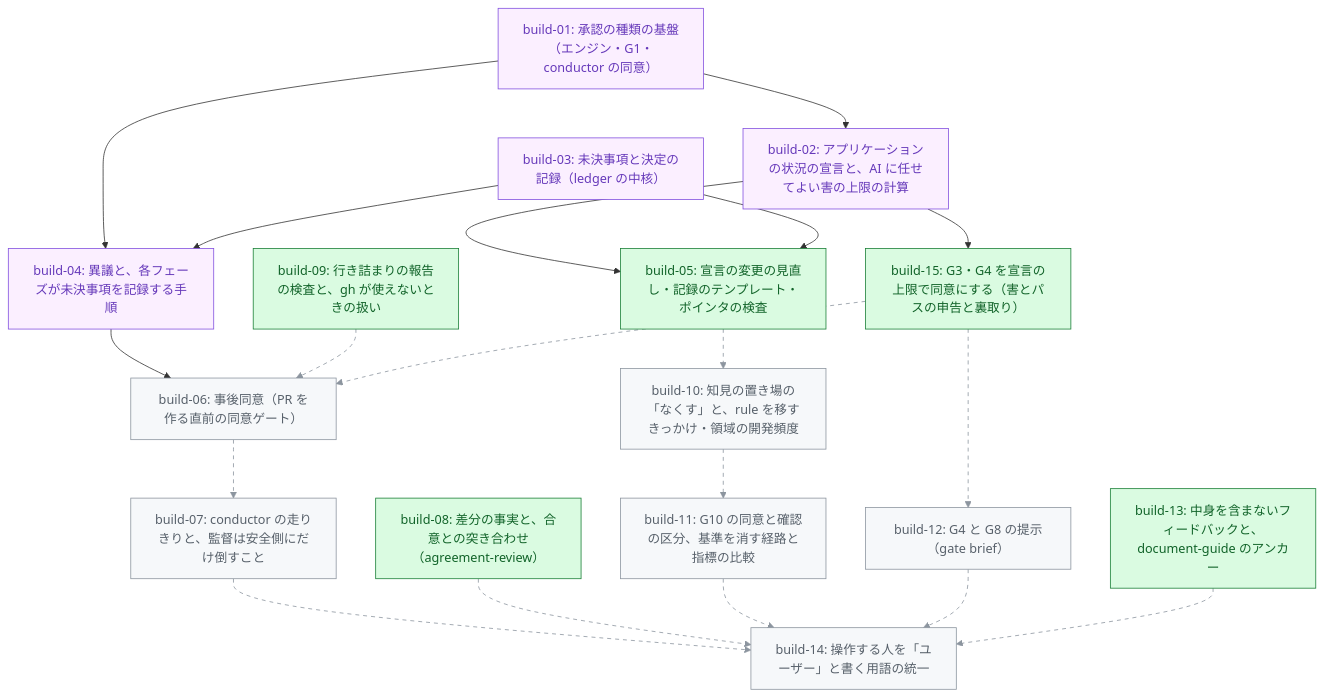
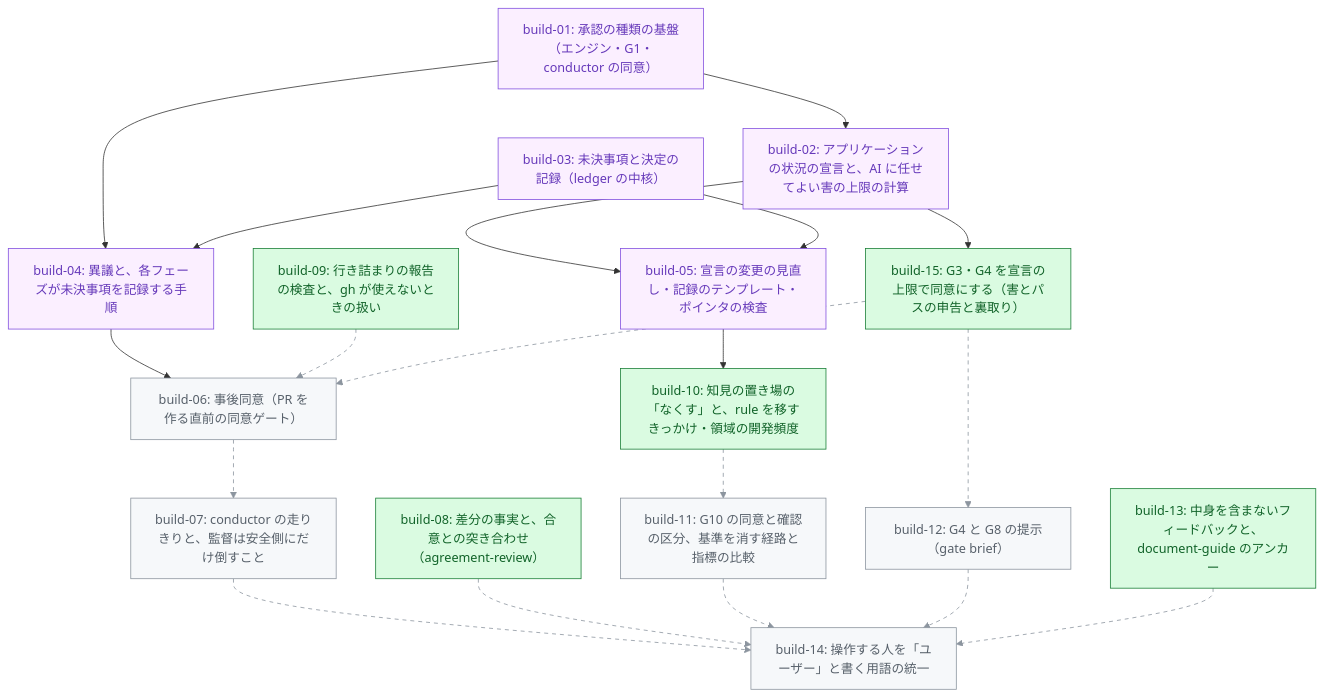
Before and after one commit to tak-solder/hikyaku: the diagram in .hikyaku/cycles/001-v3-core-concepts/tasklist.md, drawn with Mermaid. The commit also changed other lines of this file and 1 other file, not shown here.

Commit message:
builder(001-v3-core-concepts): build-05 の PR を記録する（#113）
Claude-Session: https://claude.ai/code/session_01RJieNbZxJTuNKqjvWpTagW

````diff
--- a/.hikyaku/cycles/001-v3-core-concepts/tasklist.md
+++ b/.hikyaku/cycles/001-v3-core-concepts/tasklist.md
@@ -30,43 +30,43 @@
 ```mermaid
 graph TD
   b01["build-01: 承認の種類の基盤（エンジン・G1・conductor の同意）"]
   b02["build-02: アプリケーションの状況の宣言と、AI に任せてよい害の上限の計算"]
   b03["build-03: 未決事項と決定の記録（ledger の中核）"]
   b04["build-04: 異議と、各フェーズが未決事項を記録する手順"]
   b05["build-05: 宣言の変更の見直し・記録のテンプレート・ポインタの検査"]
   b06["build-06: 事後同意（PR を作る直前の同意ゲート）"]
   b07["build-07: conductor の走りきりと、監督は安全側にだけ倒すこと"]
   b08["build-08: 差分の事実と、合意との突き合わせ（agreement-review）"]
   b09["build-09: 行き詰まりの報告の検査と、gh が使えないときの扱い"]
   b10["build-10: 知見の置き場の「なくす」と、rule を移すきっかけ・領域の開発頻度"]
   b11["build-11: G10 の同意と確認の区分、基準を消す経路と指標の比較"]
   b12["build-12: G4 と G8 の提示（gate brief）"]
   b13["build-13: 中身を含まないフィードバックと、document-guide のアンカー"]
   b14["build-14: 操作する人を「ユーザー」と書く用語の統一"]
   b15["build-15: G3・G4 を宣言の上限で同意にする（害とパスの申告と裏取り）"]
   b01 --> b02
   b01 --> b04
   b03 --> b04
   b02 --> b05
   b03 --> b05
   b04 --> b06
   b09 -.-> b06
   b15 -.-> b06
   b06 -.-> b07
-  b05 -.-> b10
+  b05 --> b10
   b10 -.-> b11
   b15 -.-> b12
   b07 -.-> b14
   b08 -.-> b14
   b11 -.-> b14
   b12 -.-> b14
   b13 -.-> b14
   b02 --> b15
   classDef merged fill:#fbefff,stroke:#8250df,color:#6639ba
   classDef ready fill:#dafbe1,stroke:#1a7f37,color:#116329
   classDef blocked fill:#f6f8fa,stroke:#8c959f,color:#57606a
-  class b01,b02,b03,b04 merged
-  class b05,b08,b09,b13,b15 ready
-  class b06,b07,b10,b11,b12,b14 blocked
-  linkStyle 6,7,8,9,10,11,12,13,14,15,16 stroke:#8c959f,stroke-dasharray:5 5
+  class b01,b02,b03,b04,b05 merged
+  class b08,b09,b10,b13,b15 ready
+  class b06,b07,b11,b12,b14 blocked
+  linkStyle 6,7,8,10,11,12,13,14,15,16 stroke:#8c959f,stroke-dasharray:5 5
 ```
````
